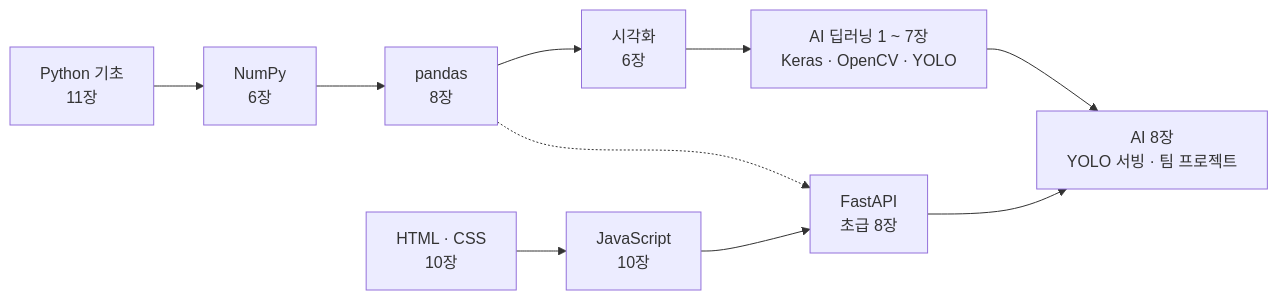
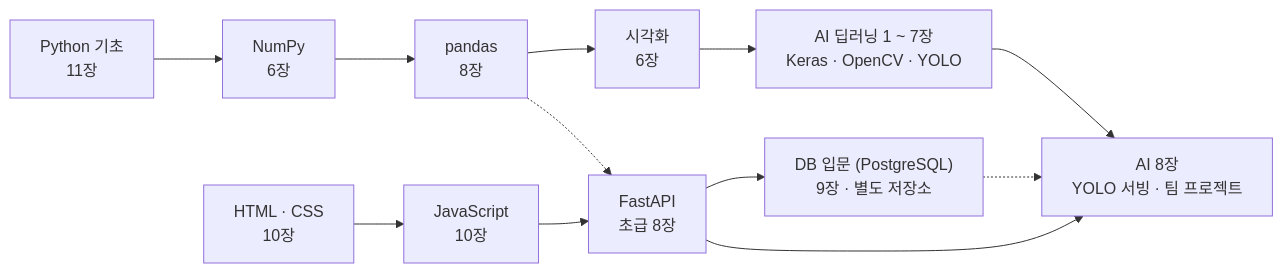
The diagram in README.md (sinaboro/ai-service-course), drawn with Mermaid before and after one commit. The commit also changed other lines of this file, not shown here.

First line of the commit message:
README: DB 입문(PostgreSQL) 과정을 별도 저장소 링크로 연결

````diff
--- a/README.md
+++ b/README.md
@@ -22,8 +23,9 @@
 ```mermaid
 flowchart LR
   P["Python 기초<br/>11장"] --> N["NumPy<br/>6장"] --> D["pandas<br/>8장"] --> V["시각화<br/>6장"] --> A["AI 딥러닝 1 ~ 7장<br/>Keras · OpenCV · YOLO"]
-  H["HTML · CSS<br/>10장"] --> J["JavaScript<br/>10장"] --> F["FastAPI<br/>초급 8장"]
+  H["HTML · CSS<br/>10장"] --> J["JavaScript<br/>10장"] --> F["FastAPI<br/>초급 8장"] --> B["DB 입문 (PostgreSQL)<br/>9장 · 별도 저장소"]
   A --> X["AI 8장<br/>YOLO 서빙 · 팀 프로젝트"]
   F --> X
+  B -.-> X
   D -.-> F
 ```
````
